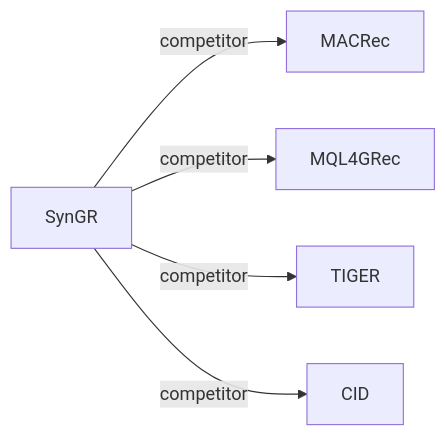
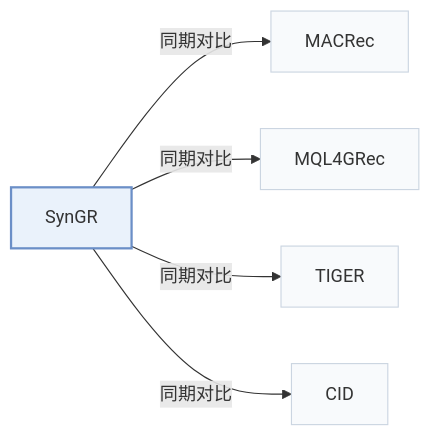
One commit to Galaxy-ghost/Awesome-SID-Generative-Rec changed the second of 2 diagrams in pages/zh/papers/syngr.md. Above: the diagram before and after it, drawn with Mermaid. The commit also changed other lines of this file and 649 other files, not shown here.

Commit message:
writer-05: also tags and modality index (schema, check, build, visuals); summary field removed; calibration data for 12 papers

````diff
--- a/pages/zh/papers/syngr.md
+++ b/pages/zh/papers/syngr.md
@@ -68,8 +74,12 @@
 ```mermaid
 flowchart LR
     P["SynGR"]
-    P -->|competitor| A["MACRec"]
-    P -->|competitor| B["MQL4GRec"]
-    P -->|competitor| C["TIGER"]
-    P -->|competitor| D["CID"]
+    P -->|"同期对比"| A["MACRec"]
+    P -->|"同期对比"| B["MQL4GRec"]
+    P -->|"同期对比"| C["TIGER"]
+    P -->|"同期对比"| D["CID"]
+    classDef main fill:#eaf2fb,stroke:#6b8fc7,stroke-width:2px
+    classDef peer fill:#f8fafc,stroke:#cbd5e1
+    class P main
+    class A,B,C,D peer
 ```
````
